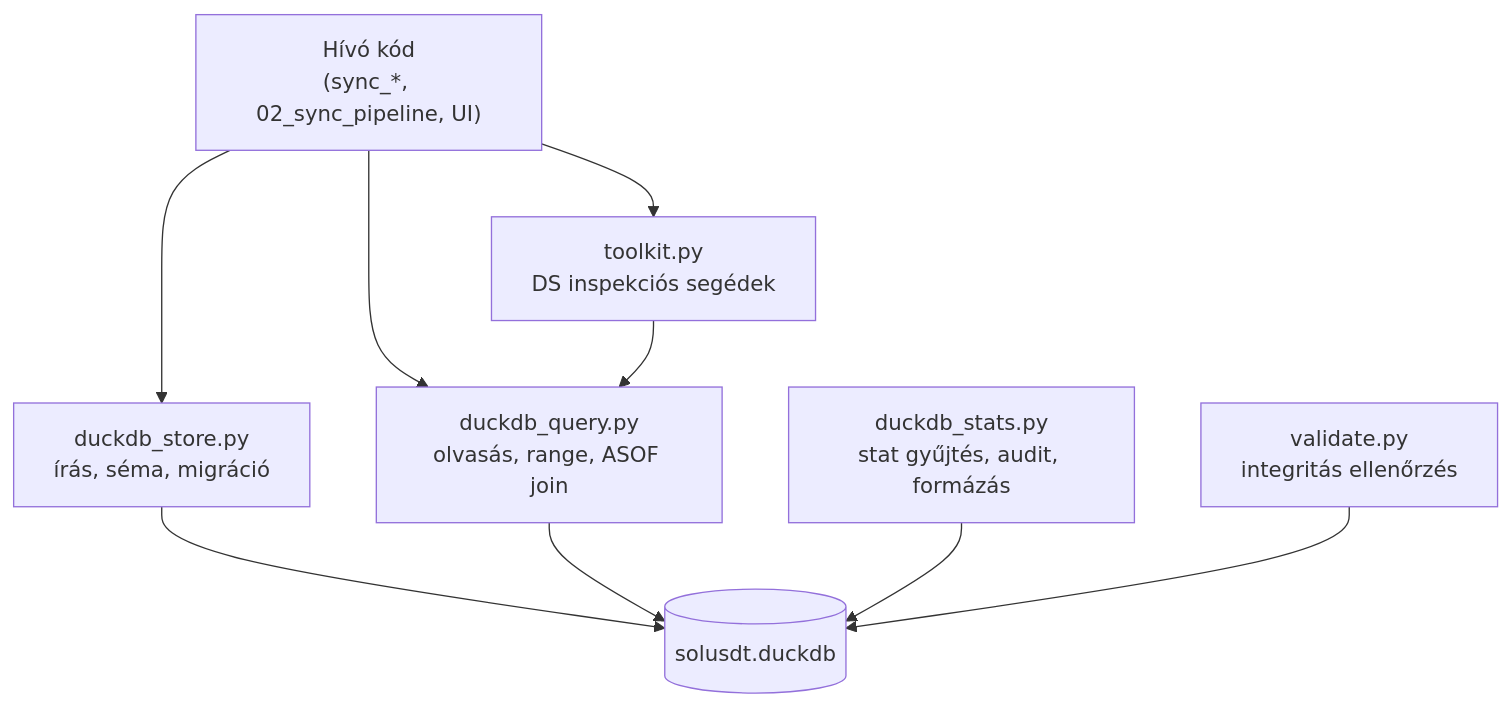
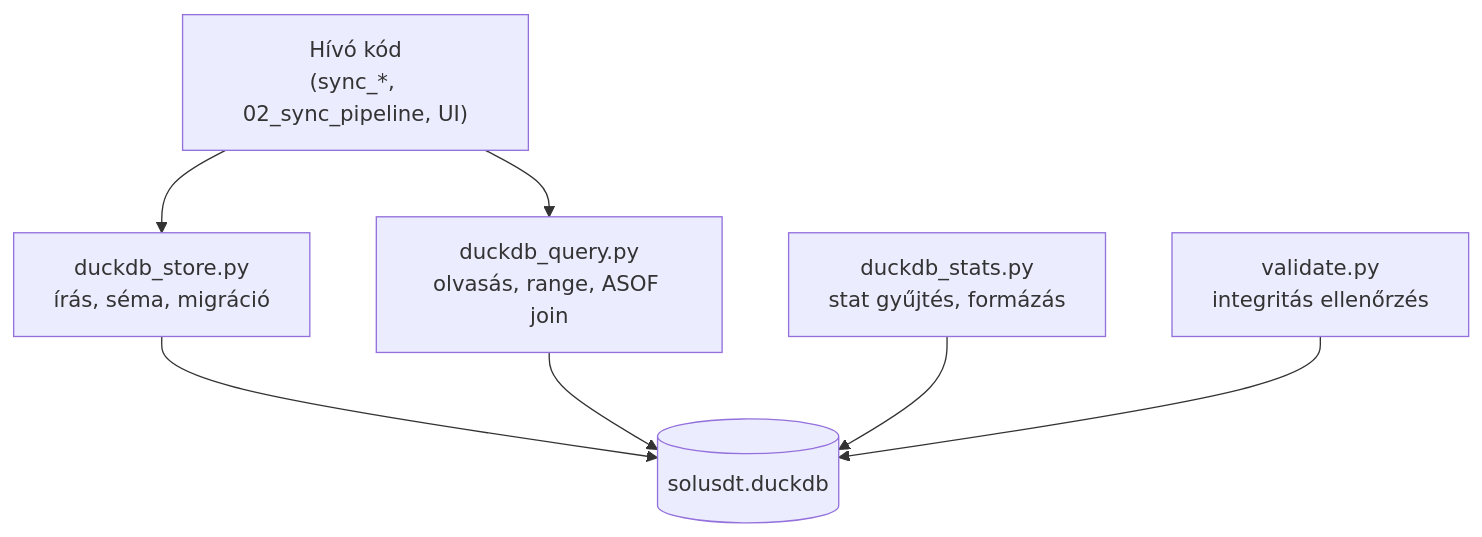
The diagram in _doc_/database_and_code_doc/1100_store.md (Nemesis14/chronoquant), drawn with Mermaid before and after one commit. The commit also changed other lines of this file and 1008 other files, not shown here.

````diff
--- a/_doc_/database_and_code_doc/1100_store.md
+++ b/_doc_/database_and_code_doc/1100_store.md
@@ -9,17 +9,15 @@
 ```mermaid
 flowchart TD
     APP["Hívó kód\n(sync_*, 02_sync_pipeline, UI)"]
     STORE["duckdb_store.py\nírás, séma, migráció"]
     QUERY["duckdb_query.py\nolvasás, range, ASOF join"]
-    STATS["duckdb_stats.py\nstat gyűjtés, audit, formázás"]
+    STATS["duckdb_stats.py\nstat gyűjtés, formázás"]
     VALID["validate.py\nintegritás ellenőrzés"]
-    TOOL["toolkit.py\nDS inspekciós segédek"]
     DB[("solusdt.duckdb")]
 
-    APP --> STORE & QUERY & TOOL
+    APP --> STORE & QUERY
     STORE --> DB
     QUERY --> DB
     STATS --> DB
     VALID --> DB
-    TOOL --> QUERY
 ```
````
